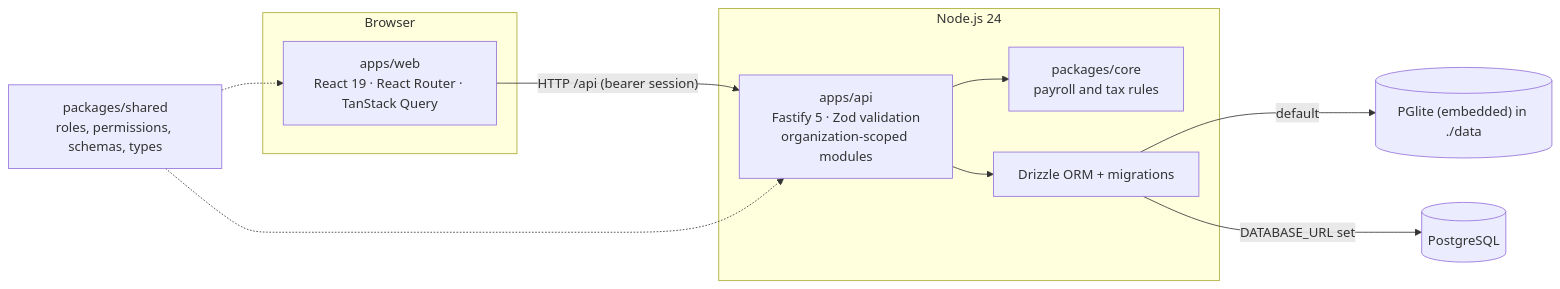
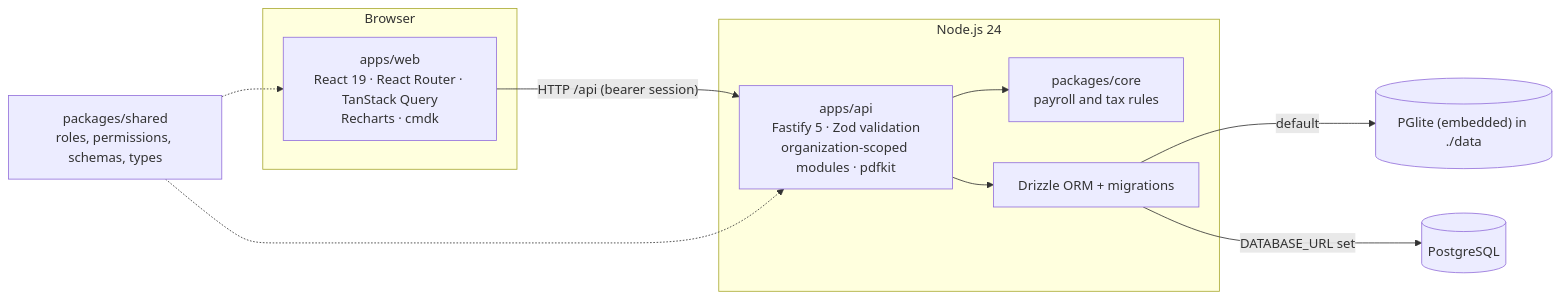
One commit to mehulp007/PayFlow changed the diagram in README.md. Above: the diagram before and after it, drawn with Mermaid. The commit also changed other lines of this file and 20 other files, not shown here.

````diff
--- a/README.md
+++ b/README.md
@@ -117,19 +141,19 @@
 ```mermaid
 flowchart LR
   subgraph Browser
-    Web["apps/web<br/>React 19 · React Router · TanStack Query"]
+    Web["apps/web<br/>React 19 · React Router · TanStack Query<br/>Recharts · cmdk"]
   end
   subgraph Node["Node.js 24"]
-    API["apps/api<br/>Fastify 5 · Zod validation<br/>organization-scoped modules"]
+    API["apps/api<br/>Fastify 5 · Zod validation<br/>organization-scoped modules · pdfkit"]
     Core["packages/core<br/>payroll and tax rules"]
     DB["Drizzle ORM + migrations"]
   end
   Shared["packages/shared<br/>roles, permissions, schemas, types"]
   Web -->|"HTTP /api (bearer session)"| API
   API --> Core
   API --> DB
   DB -->|"default"| PGlite[("PGlite (embedded) in ./data")]
   DB -->|"DATABASE_URL set"| PG[("PostgreSQL")]
   Shared -.-> Web
   Shared -.-> API
 ```
````
